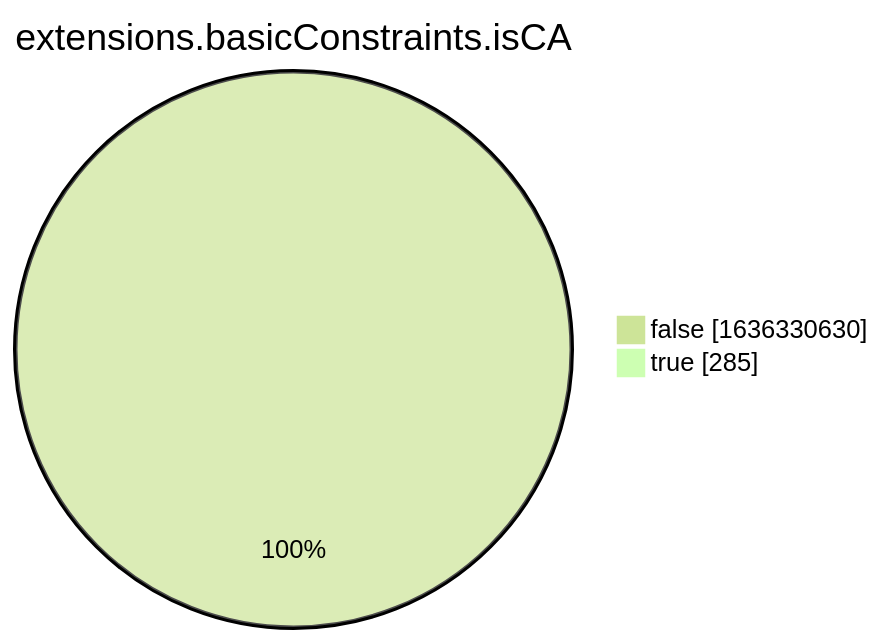
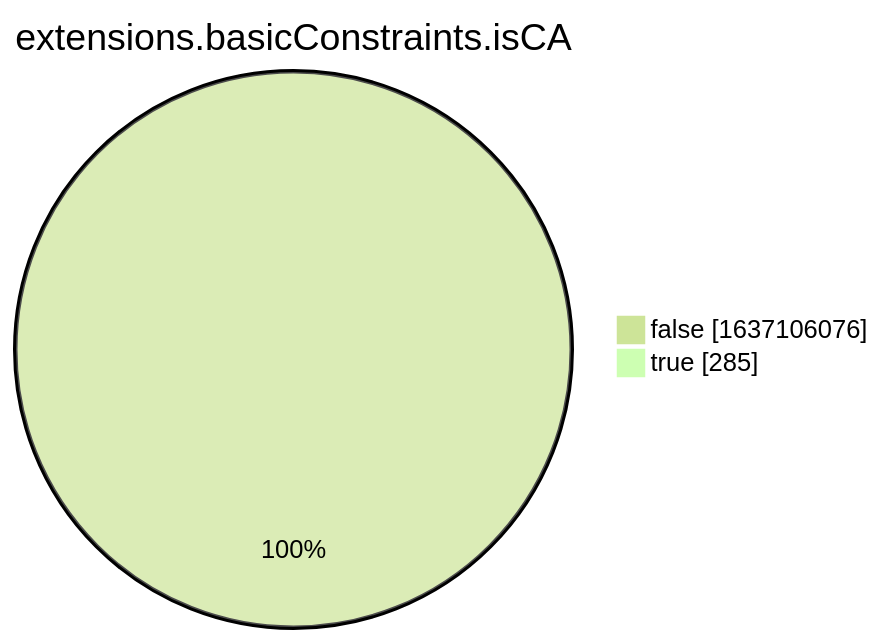
Before and after one commit to christiankrug/ctmonitor_visualization: the eighth of 15 diagrams in xenon2022/README.md, drawn with Mermaid (forest theme). The commit also changed other lines of this file, not shown here.

````diff
--- a/xenon2022/README.md
+++ b/xenon2022/README.md
@@ -2863,6 +2863,6 @@
 ```mermaid
 pie showData
 title extensions.basicConstraints.isCA
-"false" :1636330630
+"false" :1637106076
 "true" :285
 ```
````
